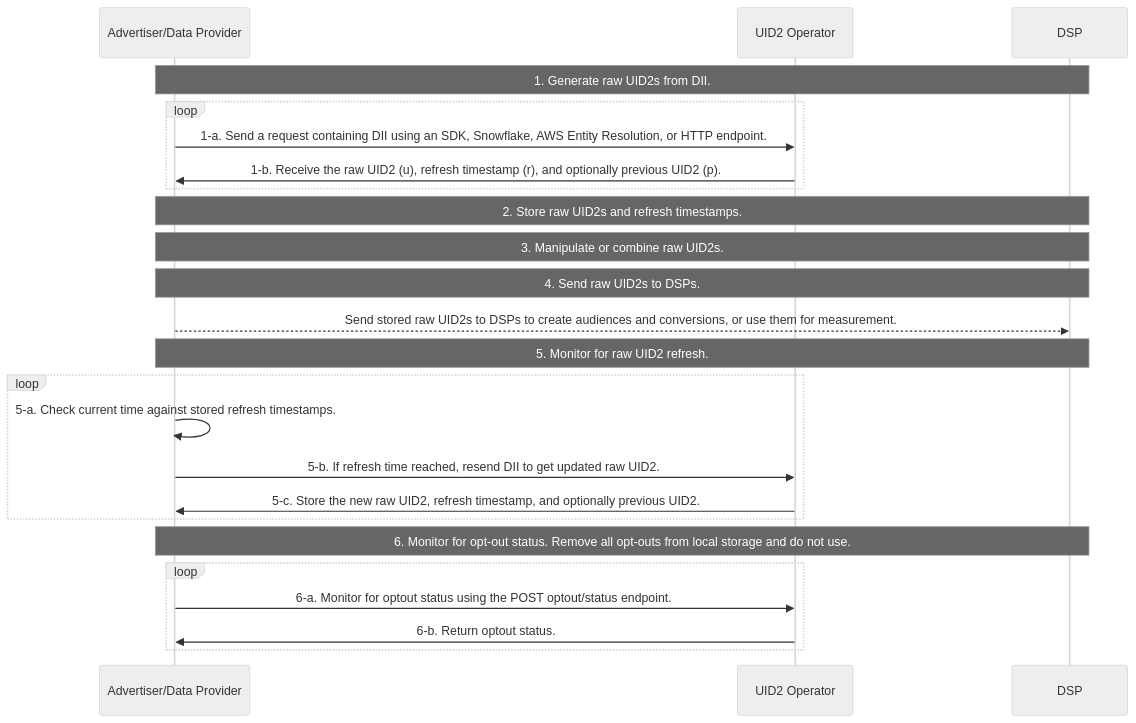
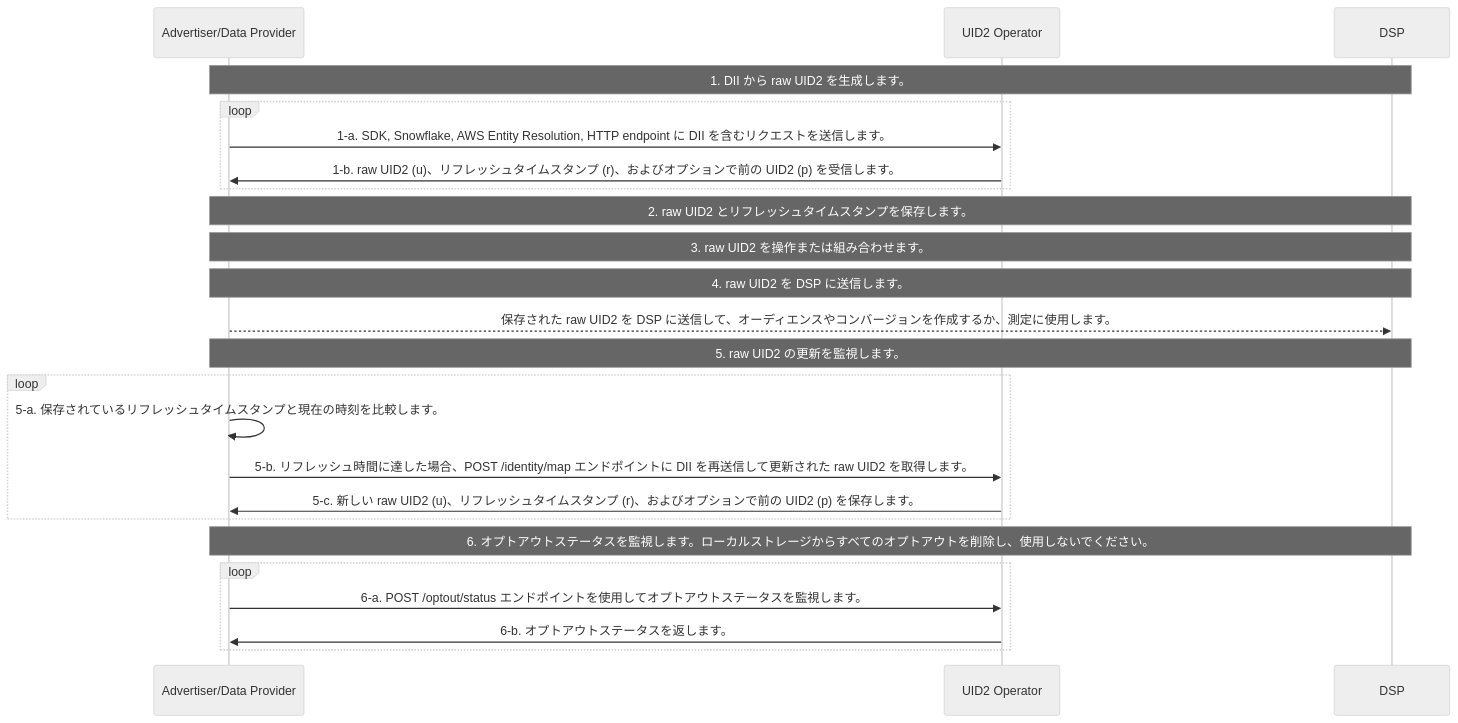
One commit to IABTechLab/uid2docs changed the diagram in i18n/ja/docusaurus-plugin-content-docs/current/guides/images/resource/advertiser-flow-overview-v3-mermaid.mermaid. Above: the diagram before and after it, drawn with Mermaid (neutral theme). The commit also changed 5 other files, not shown here.

Commit message:
Translate mermaid diagram

```diff
--- a/i18n/ja/docusaurus-plugin-content-docs/current/guides/images/resource/advertiser-flow-overview-v3-mermaid.mermaid
+++ b/i18n/ja/docusaurus-plugin-content-docs/current/guides/images/resource/advertiser-flow-overview-v3-mermaid.mermaid
@@ -1,29 +1,29 @@
 %%26/6/25: V3 API Update - Updated diagram to use V3 identity map API with refresh timestamps instead of salt bucket monitoring.
 
   sequenceDiagram
     participant ADP as Advertiser/Data Provider
     participant UID as UID2 Operator
     participant DSP
-    Note over ADP,DSP: 1. Generate raw UID2s from DII.
+    Note over ADP,DSP: 1. DII から raw UID2 を生成します。
         loop 
-    ADP->>UID: 1-a. Send a request containing DII using an SDK, Snowflake, AWS Entity Resolution, or HTTP endpoint.
-    UID->>ADP: 1-b. Receive the raw UID2 (u), refresh timestamp (r), and optionally previous UID2 (p).
+    ADP->>UID: 1-a. SDK, Snowflake, AWS Entity Resolution, HTTP endpoint に DII を含むリクエストを送信します。
+    UID->>ADP: 1-b. raw UID2 (u)、リフレッシュタイムスタンプ (r)、およびオプションで前の UID2 (p) を受信します。
     end
-    Note over ADP,DSP: 2. Store raw UID2s and refresh timestamps.
-    Note over ADP,DSP: 3. Manipulate or combine raw UID2s.
-     Note over ADP,DSP: 4. Send raw UID2s to DSPs.
-    ADP-->>DSP: Send stored raw UID2s to DSPs to create audiences and conversions, or use them for measurement.
-    Note over ADP,DSP: 5. Monitor for raw UID2 refresh.
+    Note over ADP,DSP: 2. raw UID2 とリフレッシュタイムスタンプを保存します。
+    Note over ADP,DSP: 3. raw UID2 を操作または組み合わせます。
+     Note over ADP,DSP: 4. raw UID2 を DSP に送信します。
+    ADP-->>DSP: 保存された raw UID2 を DSP に送信して、オーディエンスやコンバージョンを作成するか、測定に使用します。
+    Note over ADP,DSP: 5. raw UID2 の更新を監視します。
     loop
-       ADP->>ADP: 5-a. Check current time against stored refresh timestamps.
-       ADP->>UID: 5-b. If refresh time reached, resend DII to get updated raw UID2.
-       UID->>ADP: 5-c. Store the new raw UID2, refresh timestamp, and optionally previous UID2.
+      ADP->>ADP: 5-a. 保存されているリフレッシュタイムスタンプと現在の時刻を比較します。
+      ADP->>UID: 5-b. リフレッシュ時間に達した場合、POST /identity/map エンドポイントに DII を再送信して更新された raw UID2 を取得します。
+      UID->>ADP: 5-c. 新しい raw UID2 (u)、リフレッシュタイムスタンプ (r)、およびオプションで前の UID2 (p) を保存します。
     end
-    Note over ADP,DSP: 6. Monitor for opt-out status. Remove all opt-outs from local storage and do not use.
+    Note over ADP,DSP: 6. オプトアウトステータスを監視します。ローカルストレージからすべてのオプトアウトを削除し、使用しないでください。
     loop
-       ADP->>UID: 6-a. Monitor for optout status using the POST optout/status endpoint.
-       UID->>ADP: 6-b. Return optout status.
+       ADP->>UID: 6-a. POST /optout/status エンドポイントを使用してオプトアウトステータスを監視します。
+       UID->>ADP: 6-b. オプトアウトステータスを返します。
     end
 
 %% URL:
-%% https://mermaid.live/edit#pako:eNqNVF1v2kAQ_Cure0ok44DBhvghUhSiFlVpUElVqeLlYh9win3n3gcpjfLfu2sbCAlU9Yt9552d3dm5e2GZzgVLGYAVv7xQmRhLvjS8nCvAp-LGyUxWXDm4Hk-BW7jO1wI3rTAXY-44TI1ey1yYj4DvkzEB8BXBfSUMd_pI1Hg2bTa_aidAY3JiCnA7hV4In4QipADDn-tUFhZGlzCeTMIGR0-hdQXNEsGdqyuMRHiHhzATKgcOhtqzDjKtHJdKqiWlAG_piyuYjb8EMFP6eVHwJxHA9Y8Z3Con3Qa-CasL76RWAWgDnx8epoBJKy2Va2tAOiRFaiJ9DBGSCbkW4Fb7wuHMnwdYx8IIuwInSyyHlxWcGdzmWKSuiIMXxQYqI9ZS-1a8s-q85UHak2JF2Csq_FYpyvqB0IYnU_RDuONKVr4gxbHXTJePUr1JudX8CHjQar2nd5qmu8XQYFCkOrYOtFTtkXh6Z0ZQCdznkkzZtIKzQ0aLItl6Et7WCpewwEUpuPVGlGI3lCM1xtigVhKJa8xuNK1ILZDctPNW46d6tDH56WYlsifIvDHIVKsKfImOQm9tGzql-KE7YzLKZHEQjguerUROPrGkEXkU5VgKB77KUZK9Xvukb9wXd7KtDch7Sjzv4o9479---w_PJYd6YqaO9iQEd97SMSgxHjD19ld7egud8aLWiy9FXUSuQWlHIz09hFq2hIbwjnTP2R5o6n16P3tof160P9-d2kPpkubgOm_UYc69DixgSyNzljrjRcBKYUpOS_ZCIXNGZhRzluInVoYaz9lcvSIKb7qfWpdboNF-uWLpghcWV81g23t3t8u907ONyraYJuo2p753QaJe3jV3eH2V11wsfWG_WdrrdcM4GgyiYf8y6iXJsB-wDUsH_TiM40E0GiVRNIyTuP8asD91ed1wNLjsD7pJb5jEybA7HGGx2LgwN9orhyn7r38BOSL5zQ
+%% https://mermaid.live/edit#pako:eNpNj81qxCAUhV8lnLUETaKJbtsuu-quuJHxTibQ6OAodBry7rUZWgp3cX8O5zt3wyl6gkHTgGGltLrF13GzoWks8oVWsjC1PcdEt2xhw16VruT4dg8nmJwKMZSrd5meFzcnt_4uyS85ptcH4OAwXF2A2fAJIzrdKq71OEpZq5OS4Q4z9H07dZrrQXOluZTDzvAVY3UVrRgHOSnFharXSTCkWOYLzNl93Ogwfz-UD_6cfn75H_DlSPSnTxQ8padYQobp928lN1Ka
```
